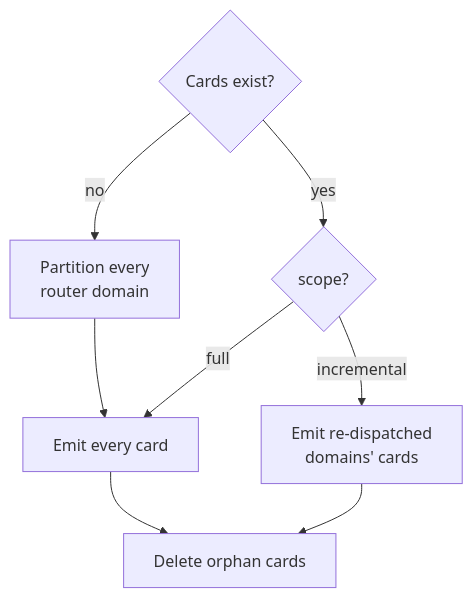
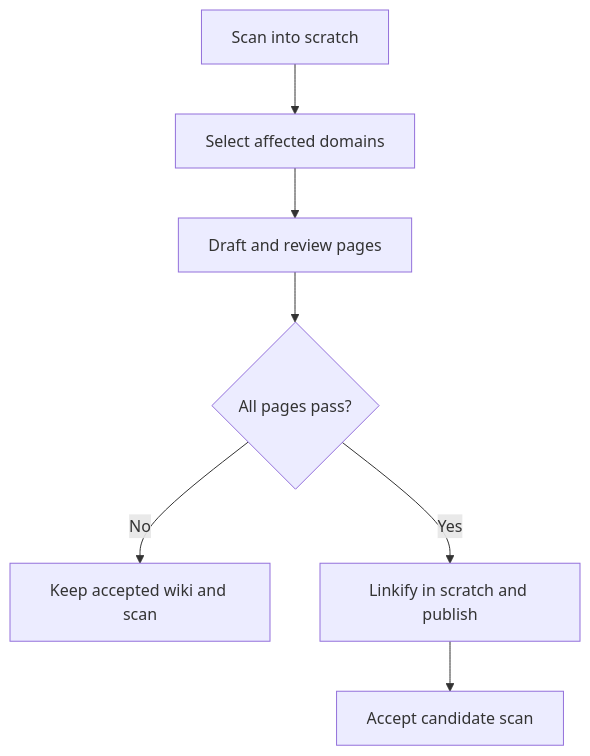
One commit to damusix/atomic-claude changed the diagram in context/skills/atomic-wiki/references/repo.md. Above: the diagram before and after it, drawn with Mermaid. The commit also changed other lines of this file and 203 other files, not shown here.

````diff
--- a/context/skills/atomic-wiki/references/repo.md
+++ b/context/skills/atomic-wiki/references/repo.md
@@ -261,10 +6,9 @@
 ```mermaid
 flowchart TD
-    C{"Cards exist?"} -->|no| P["Partition every<br/>router domain"]
-    P --> A["Emit every card"]
-    C -->|yes| S{"scope?"}
-    S -->|full| A
-    S -->|incremental| R["Emit re-dispatched<br/>domains' cards"]
-    A --> D["Delete orphan cards"]
-    R --> D
+    S["Scan into scratch"] --> D["Select affected domains"]
+    D --> W["Draft and review pages"]
+    W --> R{"All pages pass?"}
+    R -->|No| H["Keep accepted wiki and scan"]
+    R -->|Yes| P["Linkify in scratch and publish"]
+    P --> A["Accept candidate scan"]
 ```
````
